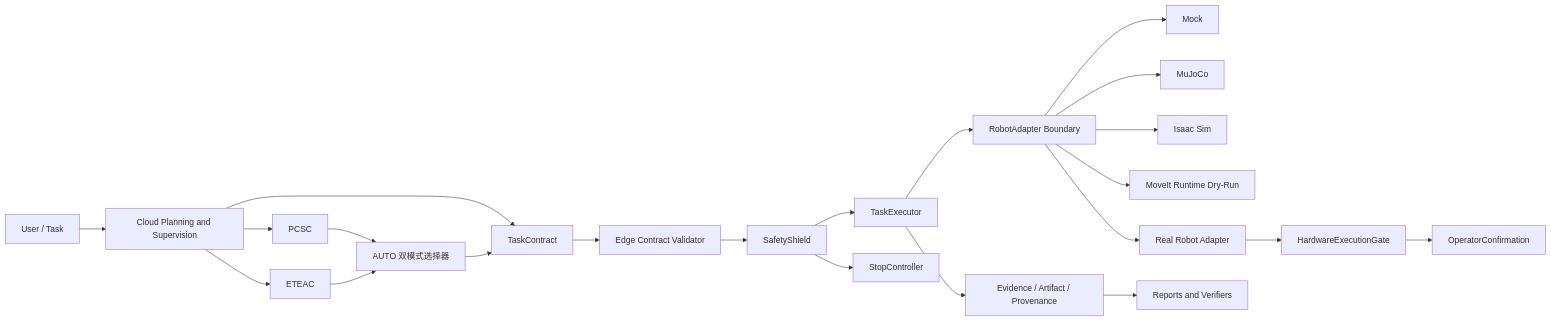
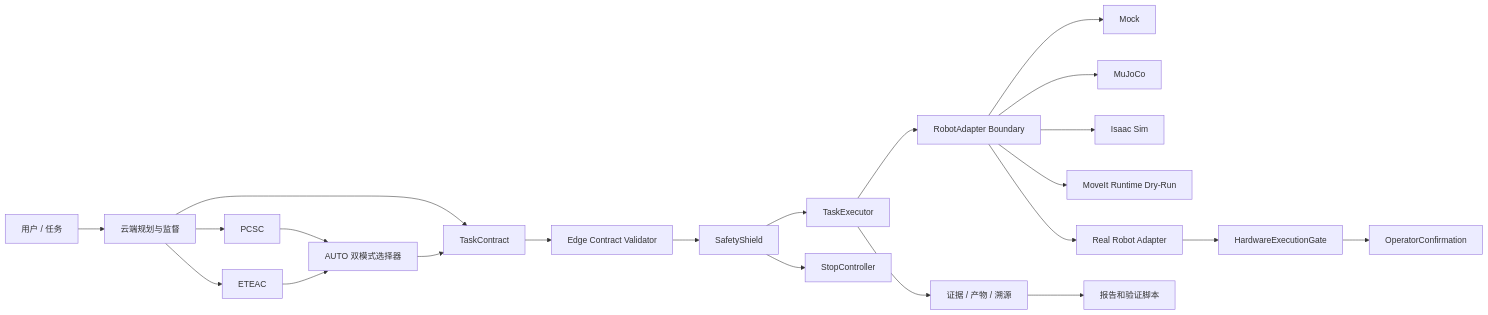
Before and after one commit to ningyd98/BIG-small: the diagram in README.md, drawn with Mermaid. The commit also changed other lines of this file and 154 other files, not shown here.

````diff
--- a/README.md
+++ b/README.md
@@ -46,24 +46,24 @@
 ```mermaid
 flowchart LR
-  User[User / Task] --> Cloud[Cloud Planning and Supervision]
+  User[用户 / 任务] --> Cloud[云端规划与监督]
   Cloud --> Contract[TaskContract]
   Contract --> Validator[Edge Contract Validator]
   Validator --> Shield[SafetyShield]
   Shield --> Executor[TaskExecutor]
   Executor --> Adapter[RobotAdapter Boundary]
   Adapter --> Mock[Mock]
   Adapter --> MuJoCo[MuJoCo]
   Adapter --> Isaac[Isaac Sim]
   Adapter --> MoveIt[MoveIt Runtime Dry-Run]
   Adapter --> Real[Real Robot Adapter]
   Shield --> Stop[StopController]
-  Executor --> Evidence[Evidence / Artifact / Provenance]
-  Evidence --> Reports[Reports and Verifiers]
+  Executor --> Evidence[证据 / 产物 / 溯源]
+  Evidence --> Reports[报告和验证脚本]
   Cloud --> PCSC[PCSC]
   Cloud --> ETEAC[ETEAC]
   PCSC --> AUTO[AUTO 双模式选择器]
   ETEAC --> AUTO
   AUTO --> Contract
   Real --> Gate[HardwareExecutionGate]
   Gate --> Operator[OperatorConfirmation]
 ```
````
